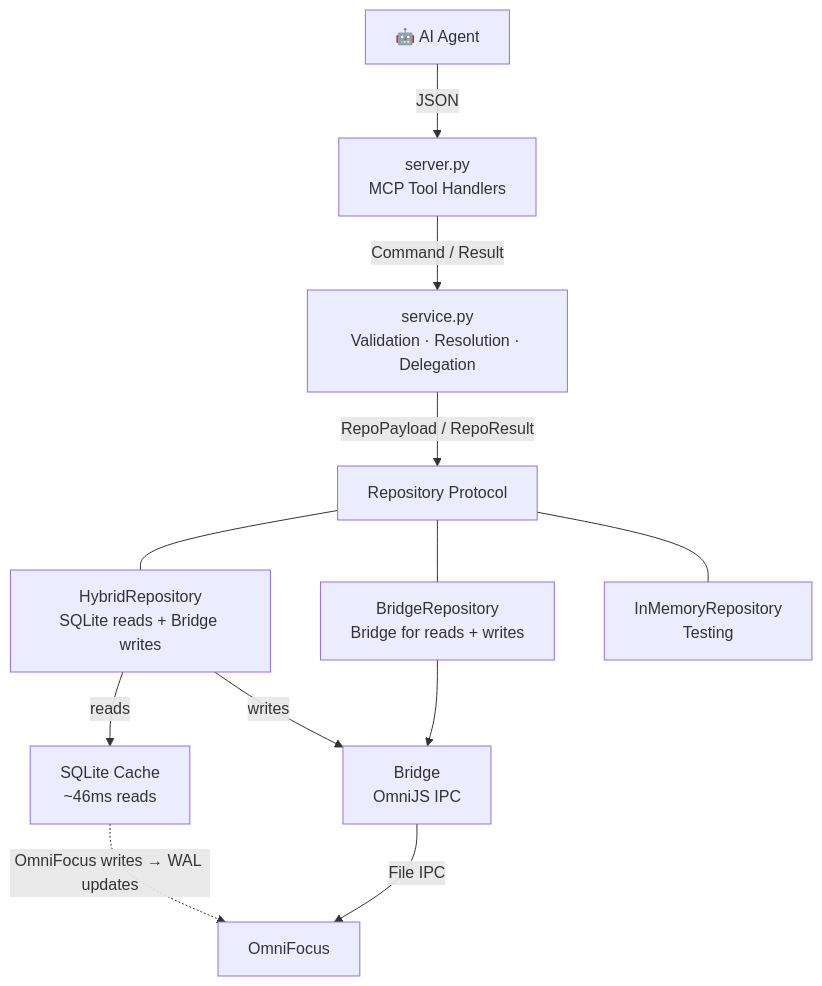
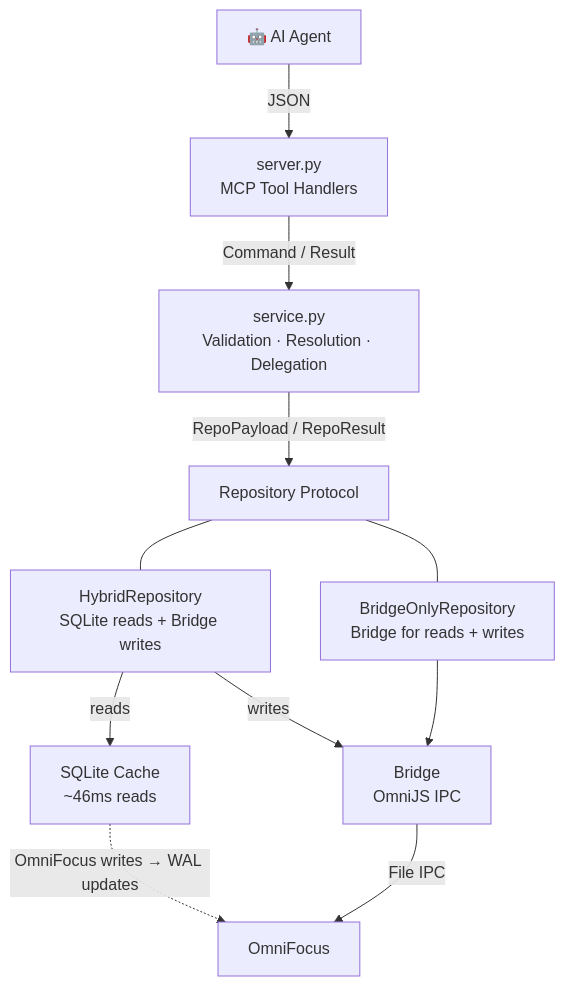
One commit to HelloThisIsFlo/omnifocus-operator changed the first of 5 diagrams in docs/architecture.md. Above: the diagram before and after it, drawn with Mermaid. The commit also changed other lines of this file and 24 other files, not shown here.

First line of the commit message:
refactor: rename BridgeRepository → BridgeOnlyRepository

````diff
--- a/docs/architecture.md
+++ b/docs/architecture.md
@@ -5,25 +5,23 @@
 ```mermaid
 graph TB
     Agent["🤖 AI Agent"]
     Server["server.py<br/>MCP Tool Handlers"]
     Service["service.py<br/>Validation · Resolution · Delegation"]
     Repo["Repository Protocol"]
-    Hybrid["HybridRepository<br/>SQLite reads + Bridge writes"]
-    BridgeRepo["BridgeRepository<br/>Bridge for reads + writes"]
-    InMem["InMemoryRepository<br/>Testing"]
+    HybridRepo["HybridRepository<br/>SQLite reads + Bridge writes"]
+    BridgeOnlyRepo["BridgeOnlyRepository<br/>Bridge for reads + writes"]
     SQLite["SQLite Cache<br/>~46ms reads"]
     Bridge["Bridge<br/>OmniJS IPC"]
     OF["OmniFocus"]
 
     Agent -->|JSON| Server
     Server -->|"Command / Result"| Service
     Service -->|"RepoPayload / RepoResult"| Repo
-    Repo --- Hybrid
-    Repo --- BridgeRepo
-    Repo --- InMem
-    Hybrid -->|reads| SQLite
-    Hybrid -->|writes| Bridge
-    BridgeRepo --> Bridge
+    Repo --- HybridRepo
+    Repo --- BridgeOnlyRepo
+    HybridRepo -->|reads| SQLite
+    HybridRepo -->|writes| Bridge
+    BridgeOnlyRepo --> Bridge
     Bridge -->|File IPC| OF
     SQLite -.->|"OmniFocus writes → WAL updates"| OF
 ```
````
